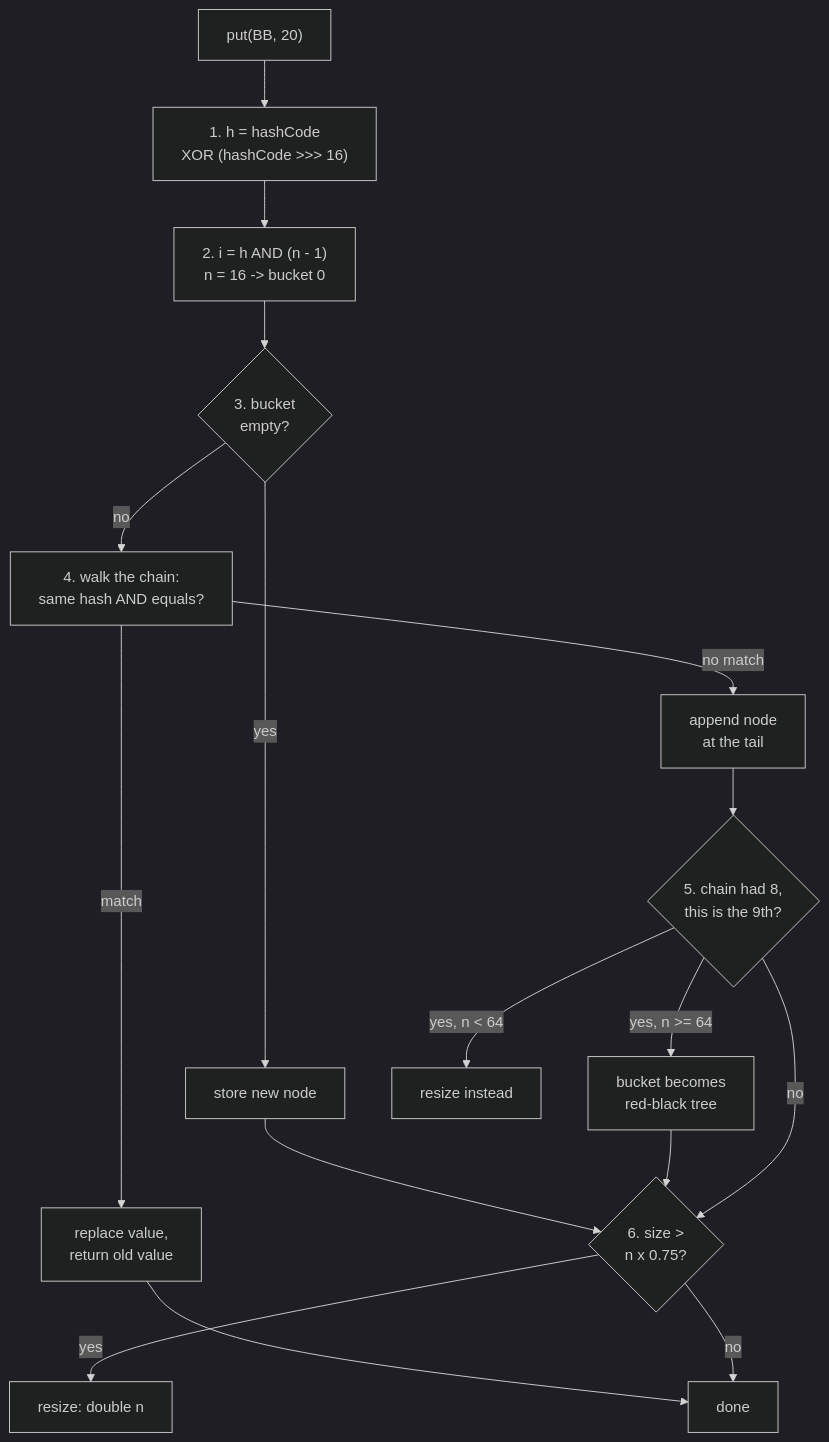
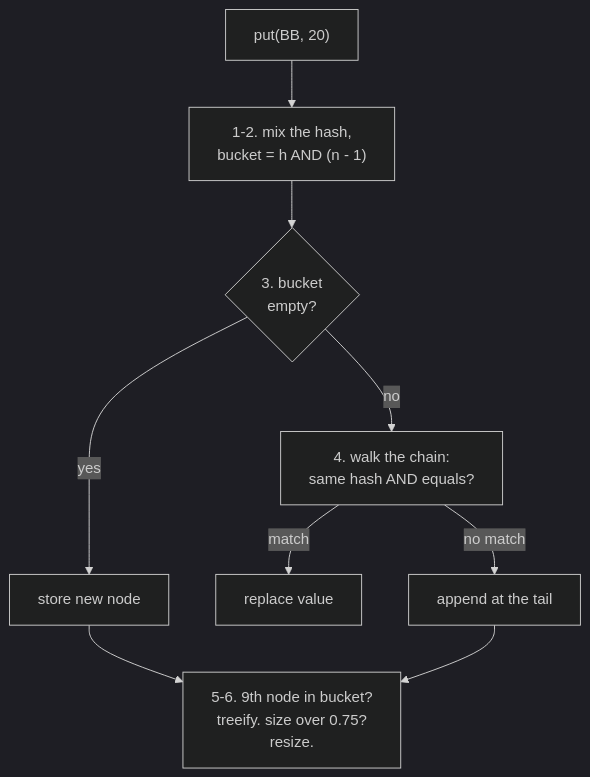
The second of 4 diagrams in src/Data/coreStackDocs/JAVA-01.md (shubamchaudhary/CodeNITW), drawn with Mermaid (dark theme) before and after one commit. The commit also changed 17 other files, not shown here.

````diff
--- a/src/Data/coreStackDocs/JAVA-01.md
+++ b/src/Data/coreStackDocs/JAVA-01.md
@@ -189,19 +189,11 @@
 ```mermaid
 flowchart TB
-    A["put(BB, 20)"] --> B["1. h = hashCode<br/>XOR (hashCode >>> 16)"]
-    B --> C["2. i = h AND (n - 1)<br/>n = 16 -> bucket 0"]
-    C --> D{"3. bucket<br/>empty?"}
+    A["put(BB, 20)"] --> B["1-2. mix the hash,<br/>bucket = h AND (n - 1)"]
+    B --> D{"3. bucket<br/>empty?"}
     D -->|"yes"| E["store new node"]
     D -->|"no"| F["4. walk the chain:<br/>same hash AND equals?"]
-    F -->|"match"| G["replace value,<br/>return old value"]
-    F -->|"no match"| H["append node<br/>at the tail"]
-    H --> I{"5. chain had 8,<br/>this is the 9th?"}
-    I -->|"yes, n >= 64"| J["bucket becomes<br/>red-black tree"]
-    I -->|"yes, n < 64"| K["resize instead"]
-    E --> L{"6. size ><br/>n x 0.75?"}
-    G --> M["done"]
-    J --> L
-    I -->|"no"| L
-    L -->|"yes"| N["resize: double n"]
-    L -->|"no"| M
+    F -->|"match"| G["replace value"]
+    F -->|"no match"| H["append at the tail"]
+    E --> L["5-6. 9th node in bucket?<br/>treeify. size over 0.75?<br/>resize."]
+    H --> L
 ```
````
